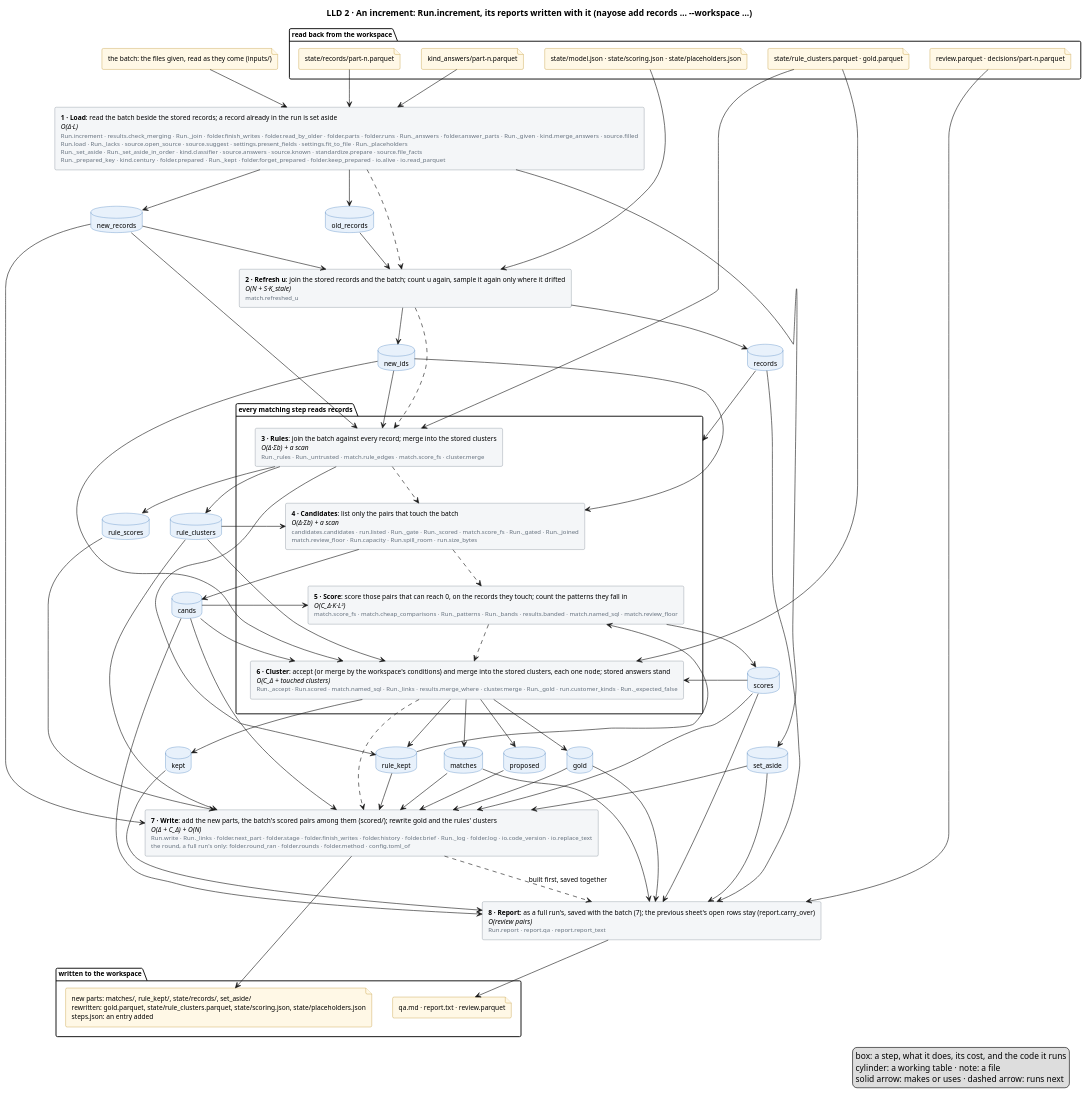
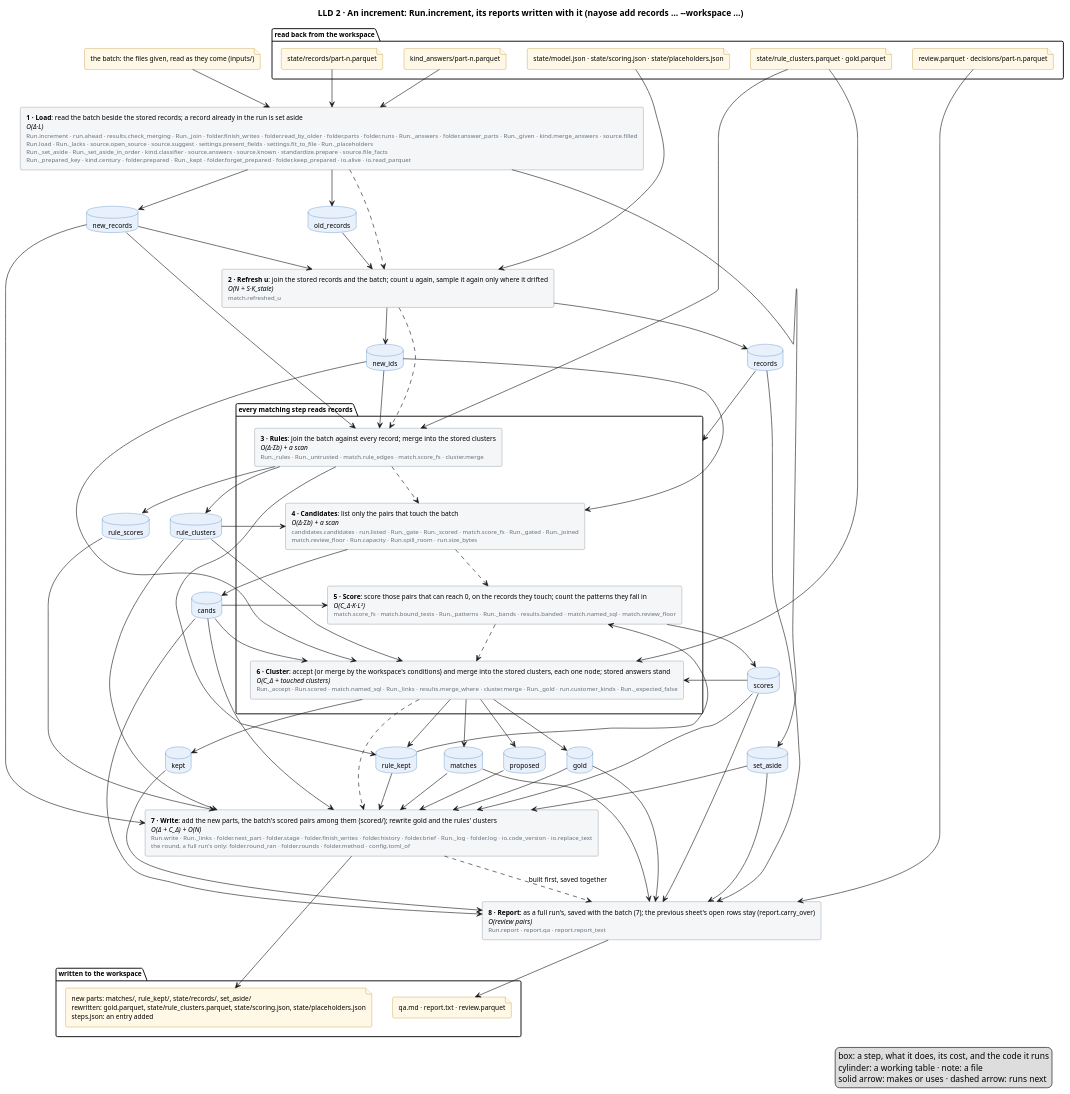
The diagram in docs/diagrams/increment.puml (mvsbm/entity_matching), drawn with PlantUML before and after one commit. The commit also changed 11 other files, not shown here.

```diff
--- a/docs/diagrams/increment.puml
+++ b/docs/diagrams/increment.puml
@@ -1,126 +1,126 @@
 @startuml increment
 title LLD 2 · An increment: Run.increment, its reports written with it (nayose add records … ~--workspace …)
 skinparam defaultFontSize 11
 skinparam rectangle {
   BackgroundColor #F4F6F8
   BorderColor #65717E
 }
 skinparam database {
   BackgroundColor #E8F1FB
   BorderColor #2C6DB3
 }
 skinparam file {
   BackgroundColor #FFF8E6
   BorderColor #B07D00
 }
 
 package "read back from the workspace" {
   file "state/model.json · state/scoring.json · state/placeholders.json" as f_model
   file "state/records/part-n.parquet" as f_records
   file "state/rule_clusters.parquet · gold.parquet" as f_clusters
   file "kind_answers/part-n.parquet" as f_answers
   file "review.parquet · decisions/part-n.parquet" as f_sheet
 }
 file "the batch: the files given, read as they come (inputs/)" as f_batch
 
 
-rectangle "<b>1 · Load</b>: read the batch beside the stored records; a record already in the run is set aside\n<i>O(Δ·L)</i>\n<size:10><color:#65717E>Run.increment · results.check_merging · Run._join · folder.finish_writes · folder.read_by_older · folder.parts · folder.runs · Run._answers · folder.answer_parts · Run._given · kind.merge_answers · source.filled</color></size>\n<size:10><color:#65717E>Run.load · Run._lacks · source.open_source · source.suggest · settings.present_fields · settings.fit_to_file · Run._placeholders</color></size>\n<size:10><color:#65717E>Run._set_aside · Run._set_aside_in_order · kind.classifier · source.answers · source.known · standardize.prepare · source.file_facts</color></size>\n<size:10><color:#65717E>Run._prepared_key · kind.century · folder.prepared · Run._kept · folder.forget_prepared · folder.keep_prepared · io.alive · io.read_parquet</color></size>" as load
+rectangle "<b>1 · Load</b>: read the batch beside the stored records; a record already in the run is set aside\n<i>O(Δ·L)</i>\n<size:10><color:#65717E>Run.increment · run.ahead · results.check_merging · Run._join · folder.finish_writes · folder.read_by_older · folder.parts · folder.runs · Run._answers · folder.answer_parts · Run._given · kind.merge_answers · source.filled</color></size>\n<size:10><color:#65717E>Run.load · Run._lacks · source.open_source · source.suggest · settings.present_fields · settings.fit_to_file · Run._placeholders</color></size>\n<size:10><color:#65717E>Run._set_aside · Run._set_aside_in_order · kind.classifier · source.answers · source.known · standardize.prepare · source.file_facts</color></size>\n<size:10><color:#65717E>Run._prepared_key · kind.century · folder.prepared · Run._kept · folder.forget_prepared · folder.keep_prepared · io.alive · io.read_parquet</color></size>" as load
 rectangle "<b>2 · Refresh u</b>: join the stored records and the batch; count u again, sample it again only where it drifted\n<i>O(N + S·K_stale)</i>\n<size:10><color:#65717E>match.refreshed_u</color></size>" as fit
 package "every matching step reads records" as matching {
   rectangle "<b>3 · Rules</b>: join the batch against every record; merge into the stored clusters\n<i>O(Δ·Σb) + a scan</i>\n<size:10><color:#65717E>Run._rules · Run._untrusted · match.rule_edges · match.score_fs · cluster.merge</color></size>" as rules
   rectangle "<b>4 · Candidates</b>: list only the pairs that touch the batch\n<i>O(Δ·Σb) + a scan</i>\n<size:10><color:#65717E>candidates.candidates · run.listed · Run._gate · Run._scored · match.score_fs · Run._gated · Run._joined</color></size>\n<size:10><color:#65717E>match.review_floor · Run.capacity · Run.spill_room · run.size_bytes</color></size>" as candidates
-  rectangle "<b>5 · Score</b>: score those pairs that can reach 0, on the records they touch; count the patterns they fall in\n<i>O(C_Δ·K·L²)</i>\n<size:10><color:#65717E>match.score_fs · match.cheap_comparisons · Run._patterns · Run._bands · results.banded · match.named_sql · match.review_floor</color></size>" as score
+  rectangle "<b>5 · Score</b>: score those pairs that can reach 0, on the records they touch; count the patterns they fall in\n<i>O(C_Δ·K·L²)</i>\n<size:10><color:#65717E>match.score_fs · match.bound_tests · Run._patterns · Run._bands · results.banded · match.named_sql · match.review_floor</color></size>" as score
   rectangle "<b>6 · Cluster</b>: accept (or merge by the workspace's conditions) and merge into the stored clusters, each one node; stored answers stand\n<i>O(C_Δ + touched clusters)</i>\n<size:10><color:#65717E>Run._accept · Run.scored · match.named_sql · Run._links · results.merge_where · cluster.merge · Run._gold · run.customer_kinds · Run._expected_false</color></size>" as cluster
 }
 rectangle "<b>7 · Write</b>: add the new parts, the batch's scored pairs among them (scored/); rewrite gold and the rules' clusters\n<i>O(Δ + C_Δ) + O(N)</i>\n<size:10><color:#65717E>Run.write · Run._links · folder.next_part · folder.stage · folder.finish_writes · folder.history · folder.brief · Run._log · folder.log · io.code_version · io.replace_text</color></size>\n<size:10><color:#65717E>the round, a full run's only: folder.round_ran · folder.rounds · folder.method · config.toml_of</color></size>" as write
 rectangle "<b>8 · Report</b>: as a full run's, saved with the batch (7); the previous sheet's open rows stay (report.carry_over)\n<i>O(review pairs)</i>\n<size:10><color:#65717E>Run.report · report.qa · report.report_text</color></size>" as report
 database "old_records" as old_records
 database "new_records" as new_records
 database "set_aside" as set_aside
 database "records" as records
 database "new_ids" as new_ids
 database "rule_clusters" as rule_clusters
 database "rule_kept" as rule_kept
 database "cands" as cands
 database "scores" as scores
 database "rule_scores" as rule_scores
 database "matches" as matches
 database "proposed" as proposed
 database "kept" as kept
 database "gold" as gold
 
 package "written to the workspace" {
   file "new parts: matches/, rule_kept/, state/records/, set_aside/\nrewritten: gold.parquet, state/rule_clusters.parquet, state/scoring.json, state/placeholders.json\nsteps.json: an entry added" as f_out
   file "qa.md · report.txt · review.parquet" as f_people
 }
 
 f_batch --> load
 f_records --> load
 f_answers --> load
 f_model --> fit
 f_clusters --> rules
 f_clusters --> cluster
 f_sheet --> report
 
 load ..> fit
 fit ..> rules
 rules ..> candidates
 candidates ..> score
 score ..> cluster
 cluster ..> write
 write ..> report : built first, saved together
 
 load --> old_records
 load --> new_records
 load --> set_aside
 old_records --> fit
 new_records --> fit
 fit --> records
 fit --> new_ids
 records --> matching
 new_records --> rules
 new_ids --> rules
 rules --> rule_clusters
 rules --> rule_kept
 rules --> rule_scores
 rule_scores --> write
 cands --> write
 scores --> write
 new_ids --> candidates
 candidates --> cands
 cands --> score
 score --> scores
 new_ids --> cluster
 rule_clusters --> candidates
 rule_clusters --> cluster
 cands --> cluster
 scores --> cluster
 cluster --> matches
 cluster --> proposed
 cluster --> kept
 cluster --> rule_kept
 kept --> report
 proposed --> write
 cluster --> gold
 new_records --> write
 rule_clusters --> write
 rule_kept --> write
 rule_kept --> score
 matches --> write
 gold --> write
 set_aside --> write
 records --> report
 cands --> report
 scores --> report
 matches --> report
 gold --> report
 set_aside --> report
 
 write --> f_out
 report --> f_people
 legend right
   box: a step, what it does, its cost, and the code it runs
   cylinder: a working table · note: a file
   solid arrow: makes or uses · dashed arrow: runs next
 endlegend
 @enduml
```
